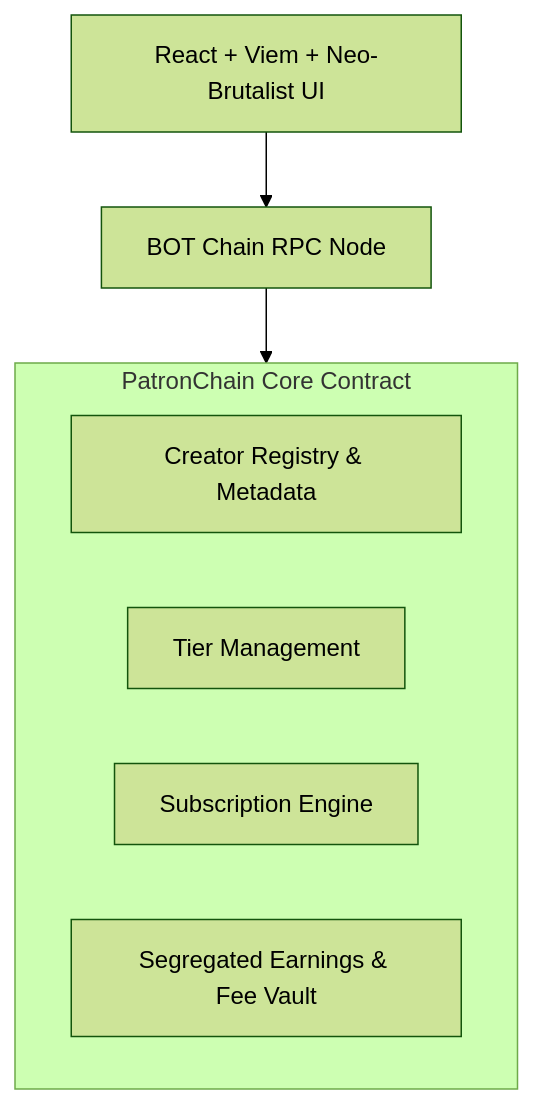
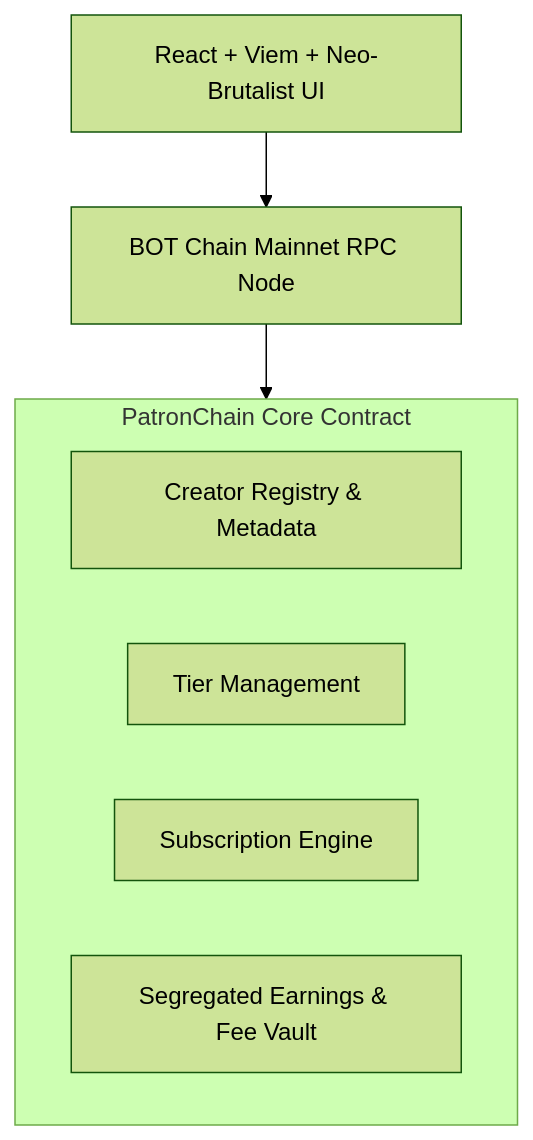
Before and after one commit to GoodnessTech/Patronchain: the diagram in README.md, drawn with Mermaid (forest theme). The commit also changed other lines of this file and 24 other files, not shown here.

Commit message:
feat: migrate PatronChain to BOT Chain mainnet

````diff
--- a/README.md
+++ b/README.md
@@ -79,12 +51,12 @@
 ```mermaid
 graph TD
-    Client[React + Viem + Neo-Brutalist UI] --> RPC[BOT Chain RPC Node]
+    Client[React + Viem + Neo-Brutalist UI] --> RPC[BOT Chain Mainnet RPC Node]
     RPC --> SmartContract[PatronChain.sol]
     
     subgraph SmartContract [PatronChain Core Contract]
         Registry[Creator Registry & Metadata]
         Tiers[Tier Management]
         Subs[Subscription Engine]
         Vault[Segregated Earnings & Fee Vault]
     end
 ```
````
